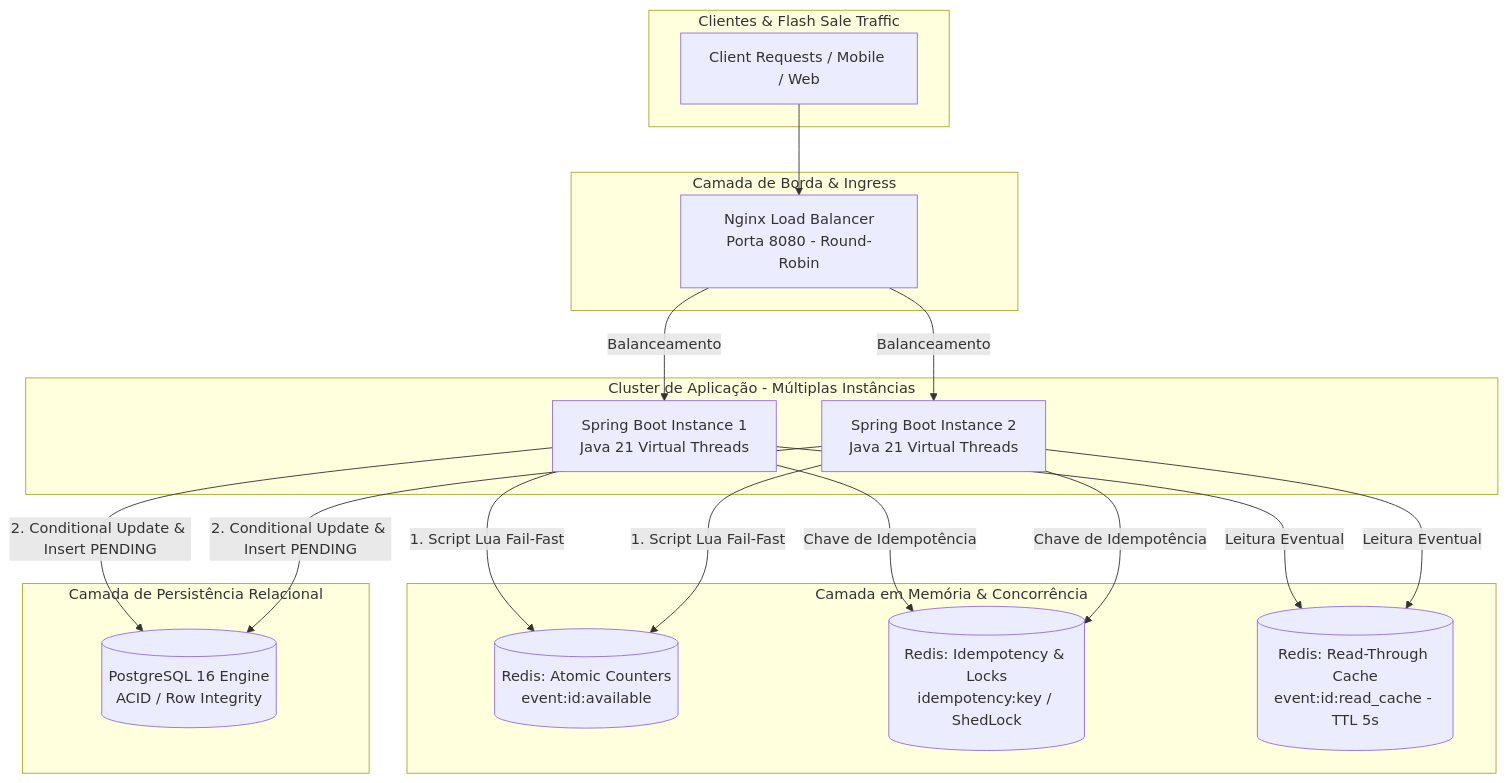
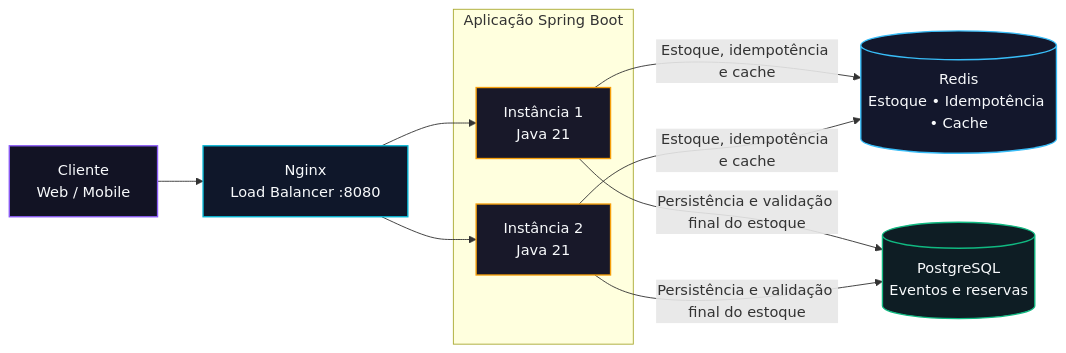
Before and after one commit to wallacemax96/ticket-booking-flash-sale: the diagram in README.md, drawn with Mermaid.

Commit message:
fix: novo desenho topologia

````diff
--- a/README.md
+++ b/README.md
@@ -24,41 +24,27 @@
 ```mermaid
-graph TB
-    subgraph Clients["Clientes & Flash Sale Traffic"]
-        C1["Client Requests / Mobile / Web"]
+flowchart LR
+    classDef clientBox fill:#121324,stroke:#8b5cf6,stroke-width:1.5px,color:#f8fafc;
+    classDef ingressBox fill:#0f172a,stroke:#06b6d4,stroke-width:1.5px,color:#f8fafc;
+    classDef appBox fill:#181829,stroke:#f59e0b,stroke-width:1.5px,color:#f8fafc;
+    classDef redisBox fill:#13172c,stroke:#38bdf8,stroke-width:1.5px,color:#f8fafc;
+    classDef pgBox fill:#0e1d24,stroke:#10b981,stroke-width:1.5px,color:#f8fafc;
+
+    CLIENT["Cliente<br/>Web / Mobile"]:::clientBox
+    NGINX["Nginx<br/>Load Balancer :8080"]:::ingressBox
+
+    subgraph APP["Aplicação Spring Boot"]
+        APP1["Instância 1<br/>Java 21"]:::appBox
+        APP2["Instância 2<br/>Java 21"]:::appBox
     end
 
-    subgraph ReverseProxy["Camada de Borda & Ingress"]
-        LB["Nginx Load Balancer<br/>Porta 8080 - Round-Robin"]
-    end
+    REDIS[("Redis<br/>Estoque • Idempotência • Cache")]:::redisBox
+    POSTGRES[("PostgreSQL<br/>Eventos e reservas")]:::pgBox
 
-    subgraph ServiceCluster["Cluster de Aplicação - Múltiplas Instâncias"]
-        APP1["Spring Boot Instance 1<br/>Java 21 Virtual Threads"]
-        APP2["Spring Boot Instance 2<br/>Java 21 Virtual Threads"]
-    end
-
-    subgraph FastPath["Camada em Memória & Concorrência"]
-        R_STOCK[("Redis: Atomic Counters<br/>event:id:available")]
-        R_LOCK[("Redis: Idempotency & Locks<br/>idempotency:key / ShedLock")]
-        R_CACHE[("Redis: Read-Through Cache<br/>event:id:read_cache - TTL 5s")]
-    end
-
-    subgraph PersistentStorage["Camada de Persistência Relacional"]
-        PG[("PostgreSQL 16 Engine<br/>ACID / Row Integrity")]
-    end
-
-    C1 --> LB
-    LB -->|Balanceamento| APP1
-    LB -->|Balanceamento| APP2
-
-    APP1 -->|1. Script Lua Fail-Fast| R_STOCK
-    APP2 -->|1. Script Lua Fail-Fast| R_STOCK
-    
-    APP1 -->|Chave de Idempotência| R_LOCK
-    APP2 -->|Chave de Idempotência| R_LOCK
-
-    APP1 -->|Leitura Eventual| R_CACHE
-    APP2 -->|Leitura Eventual| R_CACHE
-
-    APP1 -->|2. Conditional Update & Insert PENDING| PG
-    APP2 -->|2. Conditional Update & Insert PENDING| PG
+    CLIENT --> NGINX
+    NGINX --> APP1
+    NGINX --> APP2
+    APP1 -->|"Estoque, idempotência e cache"| REDIS
+    APP2 -->|"Estoque, idempotência e cache"| REDIS
+    APP1 -->|"Persistência e validação final do estoque"| POSTGRES
+    APP2 -->|"Persistência e validação final do estoque"| POSTGRES
 ```
````
